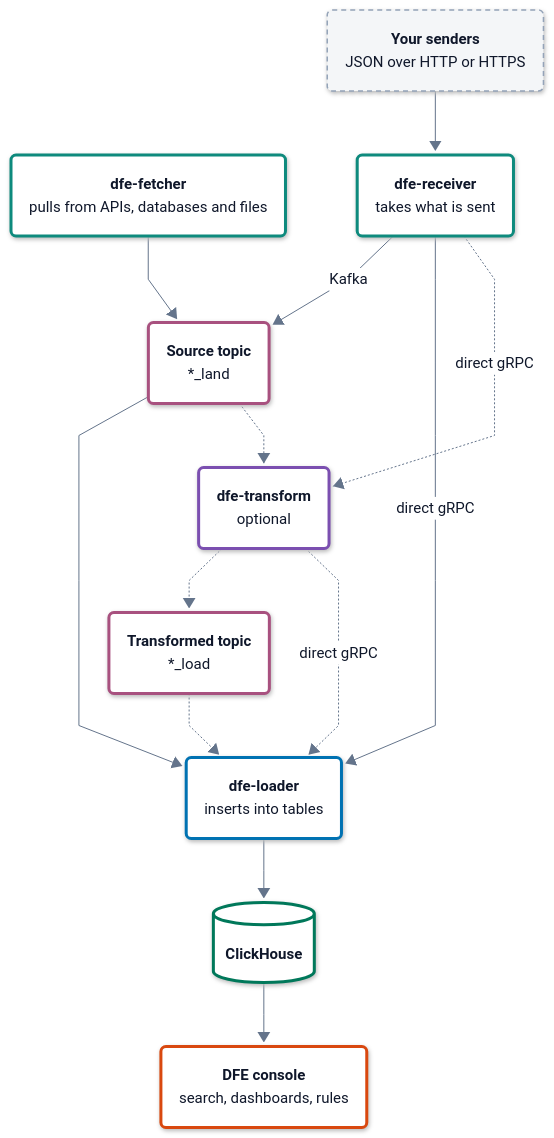
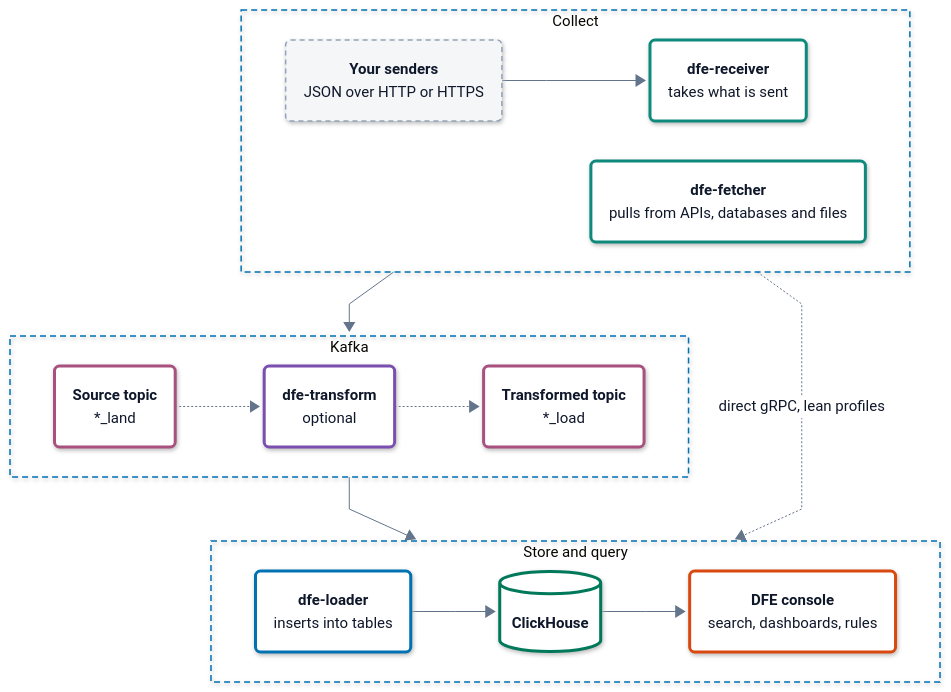
Before and after one commit to hyperi-io/dfe-infra: the diagram in docs-site/content-root/README.md, drawn with Mermaid.

Commit message:
fix(docs-site): lay the overview data path out in three rows
Collect, Kafka, and store and query each run left to right, stacked top to bottom. The diagram is about 1,100 by 550 px, so it fits the site's column with its text at full size. A single row of eight steps was half size. A single column wasted the width.

````diff
--- a/docs-site/content-root/README.md
+++ b/docs-site/content-root/README.md
@@ -66,25 +66,30 @@
 ---
 flowchart TB
   accTitle: L2 Services -- DFE data path
-  accDescr: Senders post JSON to dfe-receiver and dfe-fetcher pulls from APIs, databases and files. Both write to a source topic that dfe-loader inserts into ClickHouse, optionally through a transform, and the DFE console reads ClickHouse.
-  S("<b>Your senders</b><br/><span>JSON over HTTP or HTTPS</span>")
-  F("<b>dfe-fetcher</b><br/><span>pulls from APIs, databases and files</span>")
-  R("<b>dfe-receiver</b><br/><span>takes what is sent</span>")
-  K1("<b>Source topic</b><br/><span>*_land</span>")
-  T("<b>dfe-transform</b><br/><span>optional</span>")
-  K2("<b>Transformed topic</b><br/><span>*_load</span>")
-  L("<b>dfe-loader</b><br/><span>inserts into tables</span>")
-  C[("<b>ClickHouse</b>")]
-  H("<b>DFE console</b><br/><span>search, dashboards, rules</span>")
-  S --> R
-  R -->|Kafka| K1
-  F --> K1
-  K1 --> L
-  K1 -.-> T -.-> K2 -.-> L
-  R -->|direct gRPC| L
-  R -.->|direct gRPC| T -.->|direct gRPC| L
-  L --> C
-  C --> H
+  accDescr: dfe-receiver takes what your senders post and dfe-fetcher pulls from APIs, databases and files. Both write to Kafka, where an optional transform turns the source topic into a transformed one. dfe-loader inserts into ClickHouse, and the DFE console reads it. Lean profiles skip Kafka over direct gRPC.
+  subgraph IN["Collect"]
+    direction LR
+    S("<b>Your senders</b><br/><span>JSON over HTTP or HTTPS</span>")
+    R("<b>dfe-receiver</b><br/><span>takes what is sent</span>")
+    F("<b>dfe-fetcher</b><br/><span>pulls from APIs, databases and files</span>")
+    S --> R
+  end
+  subgraph BUS["Kafka"]
+    direction LR
+    K1("<b>Source topic</b><br/><span>*_land</span>")
+    T("<b>dfe-transform</b><br/><span>optional</span>")
+    K2("<b>Transformed topic</b><br/><span>*_load</span>")
+    K1 -.-> T -.-> K2
+  end
+  subgraph OUT["Store and query"]
+    direction LR
+    L("<b>dfe-loader</b><br/><span>inserts into tables</span>")
+    C[("<b>ClickHouse</b>")]
+    H("<b>DFE console</b><br/><span>search, dashboards, rules</span>")
+    L --> C --> H
+  end
+  IN --> BUS --> OUT
+  IN -.->|direct gRPC, lean profiles| OUT
   class S ext
   class R,F ingest
   class K1,K2 bus
@@ -103,4 +108,7 @@
   classDef error fill:#FFFFFF,stroke:#C2410C,stroke-width:3px,color:#0F172A
   classDef control fill:#FFFFFF,stroke:#334155,stroke-width:3px,color:#0F172A
   classDef part fill:#FFFFFF,stroke:#94A3B8,stroke-width:1.5px,color:#0F172A
+  style IN fill:none,stroke:#0072B2,stroke-width:1.5px,stroke-dasharray:6 4
+  style BUS fill:none,stroke:#0072B2,stroke-width:1.5px,stroke-dasharray:6 4
+  style OUT fill:none,stroke:#0072B2,stroke-width:1.5px,stroke-dasharray:6 4
 ```
````
